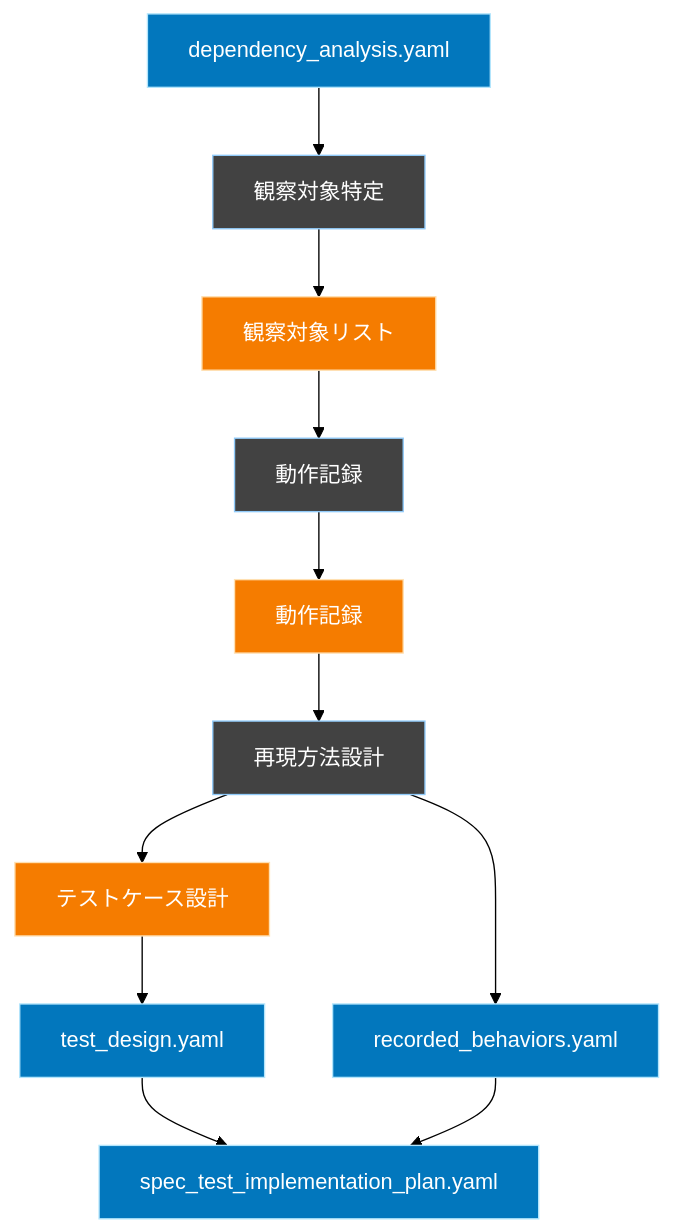
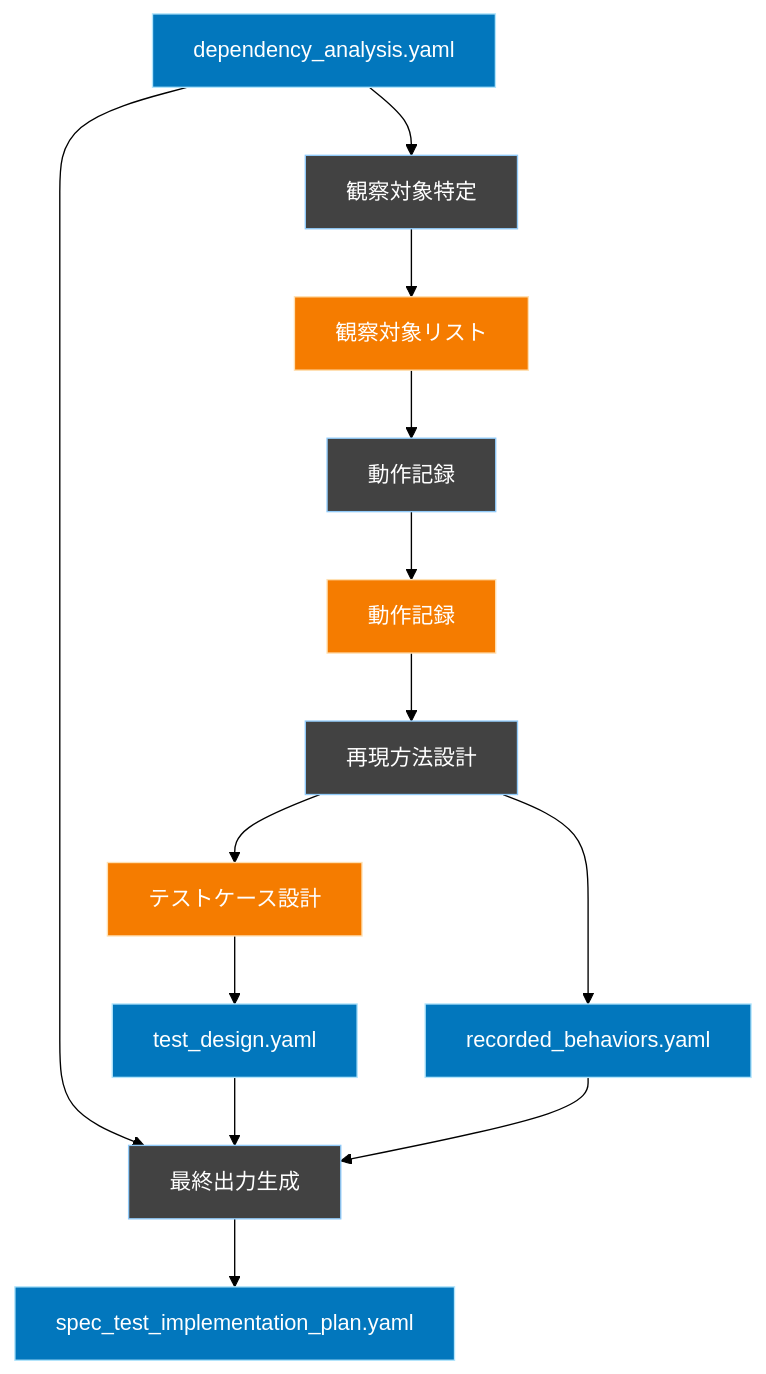
Before and after one commit to ryosuke911/WORKFLOW_SPEC_TEST: the second of 2 diagrams in FLOW/WORKFLOW_SPEC_TEST_PLAN.md, drawn with Mermaid (forest theme). The commit also changed other lines of this file, not shown here.

Commit message:
不要箇所の削除・mermaidの更新

````diff
--- a/FLOW/WORKFLOW_SPEC_TEST_PLAN.md
+++ b/FLOW/WORKFLOW_SPEC_TEST_PLAN.md
@@ -38,26 +42,29 @@
 ```mermaid
 graph TD
     %% スタイル定義
     classDef memory fill:#f57c00,stroke:#ffe0b2,color:#fff
     classDef phase fill:#424242,stroke:#90caf9,color:#fff
     classDef file fill:#0277bd,stroke:#b3e5fc,color:#fff
 
     Input[dependency_analysis.yaml]:::file
     Targets[観察対象リスト]:::memory
     Behaviors[動作記録]:::memory
     TestDesign[テストケース設計]:::memory
     TD[test_design.yaml]:::file
     RB[recorded_behaviors.yaml]:::file
     IP[spec_test_implementation_plan.yaml]:::file
 
     Input --> Phase1[観察対象特定]:::phase
     Phase1 --> Targets
     Targets --> Phase2[動作記録]:::phase
     Phase2 --> Behaviors
     Behaviors --> Phase3[再現方法設計]:::phase
     Phase3 --> TestDesign
     TestDesign --> TD
     Phase3 --> RB
-    TD --> IP
-    RB --> IP
+    
+    Input --> Phase4[最終出力生成]:::phase
+    TD --> Phase4
+    RB --> Phase4
+    Phase4 --> IP
 ```
````
